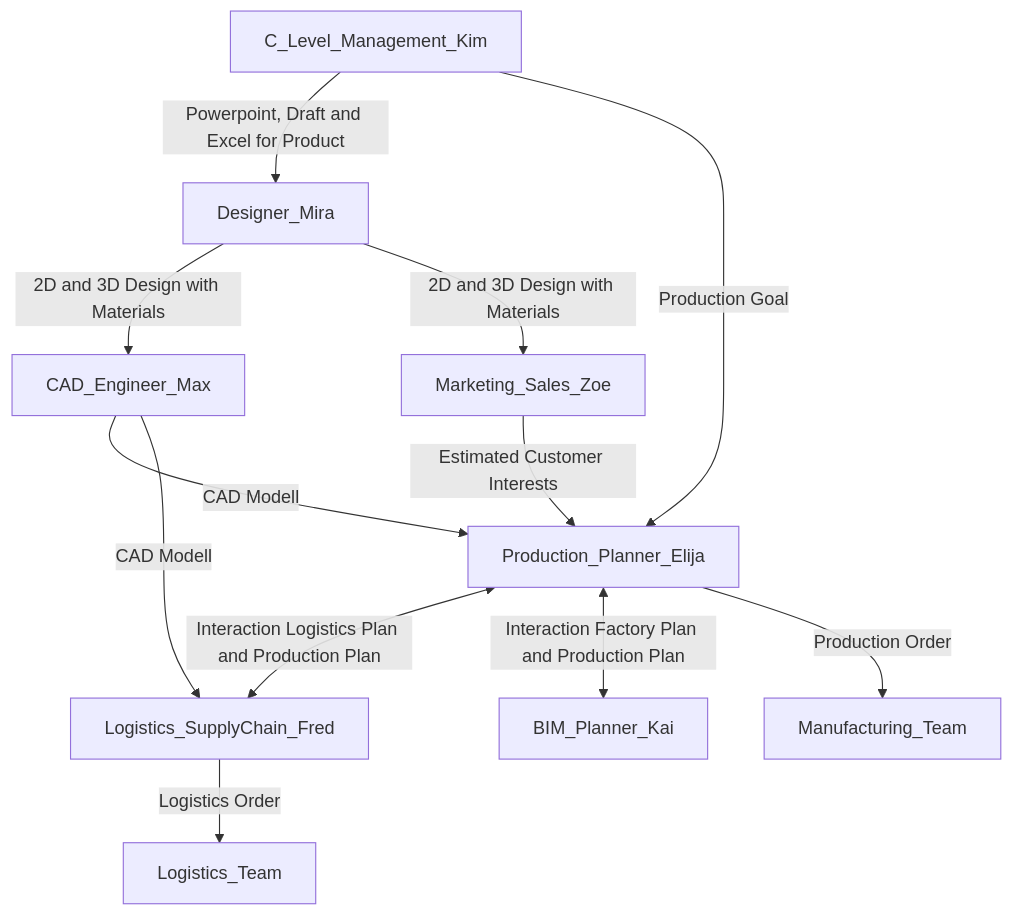
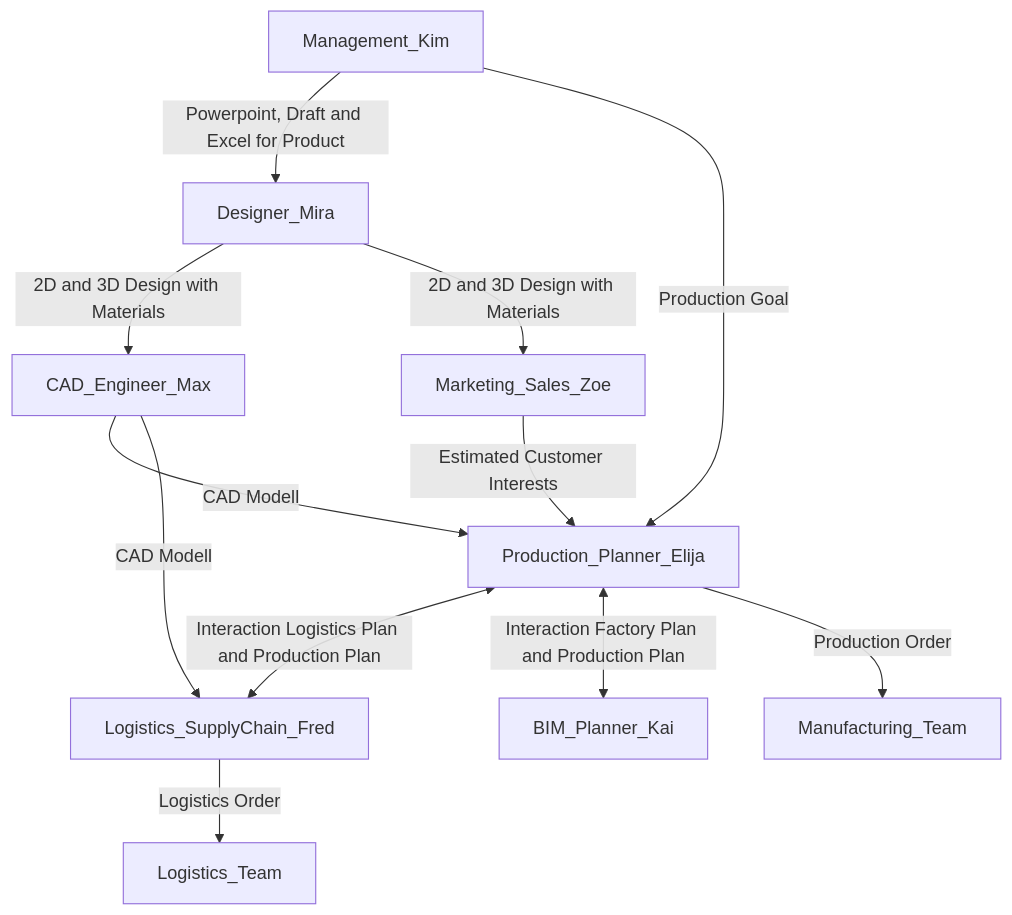
One commit to perfectproducts/usd_templates changed the diagram in src/twinops/overview.md. Above: the diagram before and after it, drawn with Mermaid. The commit also changed other lines of this file and 3 other files, not shown here.

````diff
--- a/src/twinops/overview.md
+++ b/src/twinops/overview.md
@@ -26,14 +26,14 @@
 ```mermaid
-graph TD;
-    C_Level_Management_Kim--Powerpoint, Draft and Excel for Product-->Designer_Mira;
-    C_Level_Management_Kim--Production Goal-->Production_Planner_Elija;
+graph TD;    
+    Management_Kim--Powerpoint, Draft and Excel for Product-->Designer_Mira;
+    Management_Kim--Production Goal-->Production_Planner_Elija;
     Designer_Mira--2D and 3D Design with Materials-->CAD_Engineer_Max;
     Designer_Mira--2D and 3D Design with Materials-->Marketing_Sales_Zoe;
     Production_Planner_Elija<--Interaction Logistics Plan and Production Plan-->Logistics_SupplyChain_Fred;
     Production_Planner_Elija<--Interaction Factory Plan and Production Plan-->BIM_Planner_Kai;
     CAD_Engineer_Max--CAD Modell-->Production_Planner_Elija;
     Marketing_Sales_Zoe--Estimated Customer Interests-->Production_Planner_Elija;
     CAD_Engineer_Max--CAD Modell-->Logistics_SupplyChain_Fred;
     Logistics_SupplyChain_Fred--Logistics Order-->Logistics_Team;
     Production_Planner_Elija--Production Order-->Manufacturing_Team;
 ```
````
